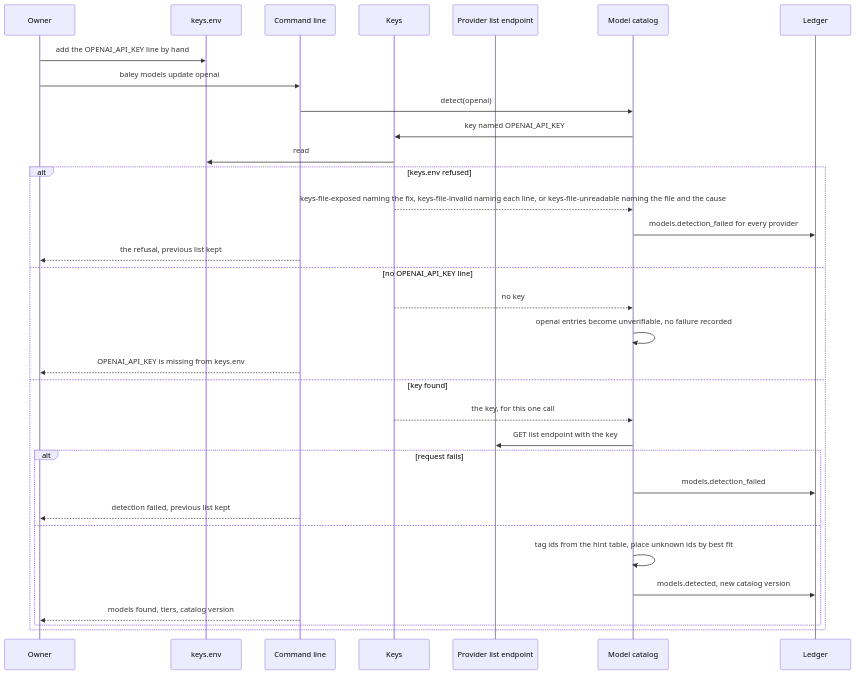
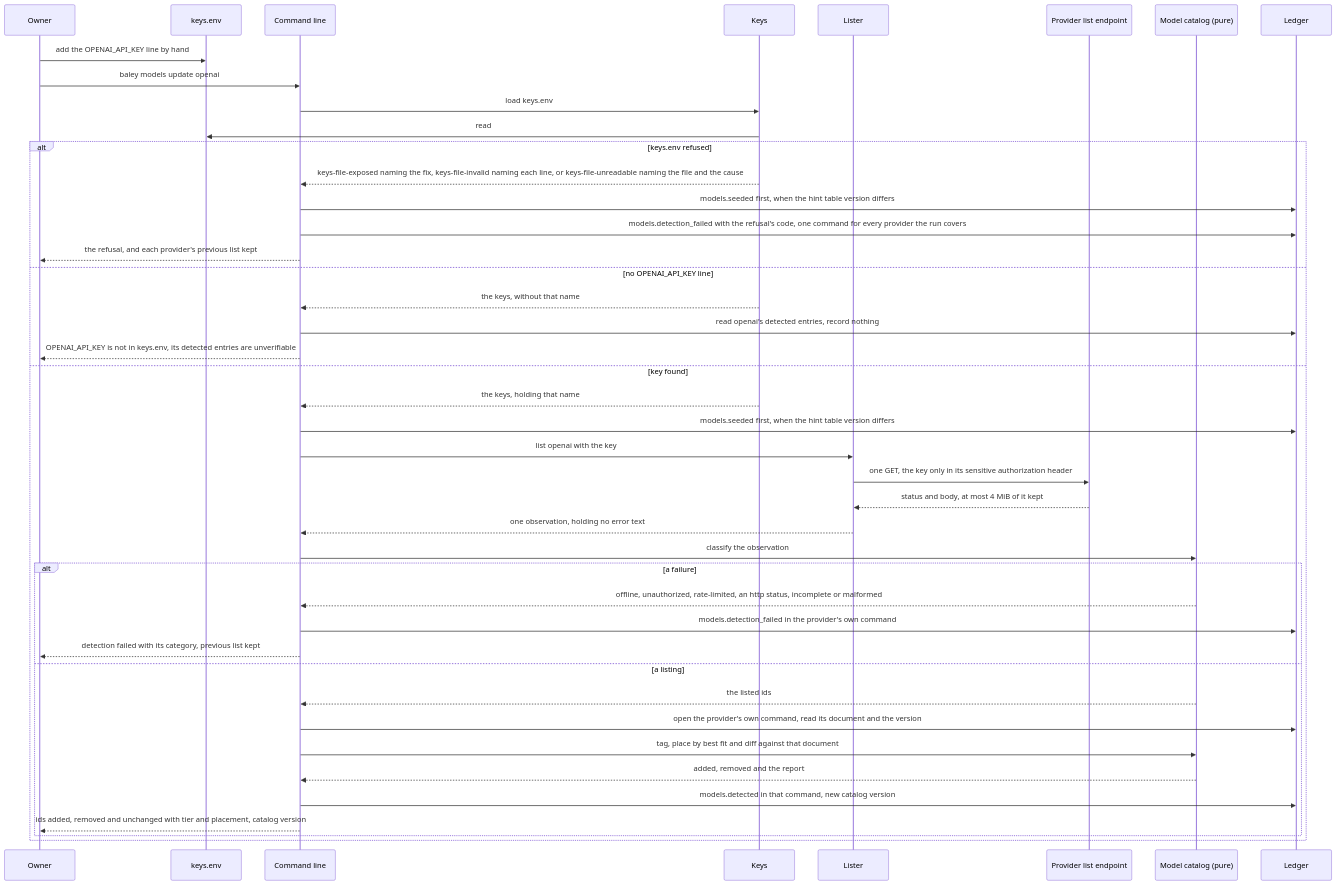
Before and after one commit to crenshawdev/baley: the sixth of 7 diagrams in docs/design/0003-configuration-and-routing.md, drawn with Mermaid. The commit also changed other lines of this file, not shown here.

Commit message:
docs(design): redraw the detection figures to follow the code
Figure 6 had the catalog reading keys and calling the endpoint itself.
It now shows the command line reading keys and calling the lister, the
pure catalog code judging, and each provider recorded in its own
command. Figure 3 gains the ways an entry leaves: a listing that lacks
it, and a seed of a table that no longer names it.

````diff
--- a/docs/design/0003-configuration-and-routing.md
+++ b/docs/design/0003-configuration-and-routing.md
@@ -475,35 +479,45 @@
 ```mermaid
 sequenceDiagram
   participant O as Owner
   participant F as keys.env
   participant C as Command line
   participant S as Keys
+  participant G as Lister
   participant V as Provider list endpoint
-  participant K as Model catalog
+  participant K as Model catalog (pure)
   participant L as Ledger
   O->>F: add the OPENAI_API_KEY line by hand
   O->>C: baley models update openai
-  C->>K: detect(openai)
-  K->>S: key named OPENAI_API_KEY
+  C->>S: load keys.env
   S->>F: read
   alt keys.env refused
-    S-->>K: keys-file-exposed naming the fix, keys-file-invalid naming each line, or keys-file-unreadable naming the file and the cause
-    K->>L: models.detection_failed for every provider
-    C-->>O: the refusal, previous list kept
+    S-->>C: keys-file-exposed naming the fix, keys-file-invalid naming each line, or keys-file-unreadable naming the file and the cause
+    C->>L: models.seeded first, when the hint table version differs
+    C->>L: models.detection_failed with the refusal's code, one command for every provider the run covers
+    C-->>O: the refusal, and each provider's previous list kept
   else no OPENAI_API_KEY line
-    S-->>K: no key
-    K->>K: openai entries become unverifiable, no failure recorded
-    C-->>O: OPENAI_API_KEY is missing from keys.env
+    S-->>C: the keys, without that name
+    C->>L: read openai's detected entries, record nothing
+    C-->>O: OPENAI_API_KEY is not in keys.env, its detected entries are unverifiable
   else key found
-    S-->>K: the key, for this one call
-    K->>V: GET list endpoint with the key
-    alt request fails
-      K->>L: models.detection_failed
-      C-->>O: detection failed, previous list kept
-    else
-      K->>K: tag ids from the hint table, place unknown ids by best fit
-      K->>L: models.detected, new catalog version
-      C-->>O: models found, tiers, catalog version
+    S-->>C: the keys, holding that name
+    C->>L: models.seeded first, when the hint table version differs
+    C->>G: list openai with the key
+    G->>V: one GET, the key only in its sensitive authorization header
+    V-->>G: status and body, at most 4 MiB of it kept
+    G-->>C: one observation, holding no error text
+    C->>K: classify the observation
+    alt a failure
+      K-->>C: offline, unauthorized, rate-limited, an http status, incomplete or malformed
+      C->>L: models.detection_failed in the provider's own command
+      C-->>O: detection failed with its category, previous list kept
+    else a listing
+      K-->>C: the listed ids
+      C->>L: open the provider's own command, read its document and the version
+      C->>K: tag, place by best fit and diff against that document
+      K-->>C: added, removed and the report
+      C->>L: models.detected in that command, new catalog version
+      C-->>O: ids added, removed and unchanged with tier and placement, catalog version
     end
   end
 ```
````
